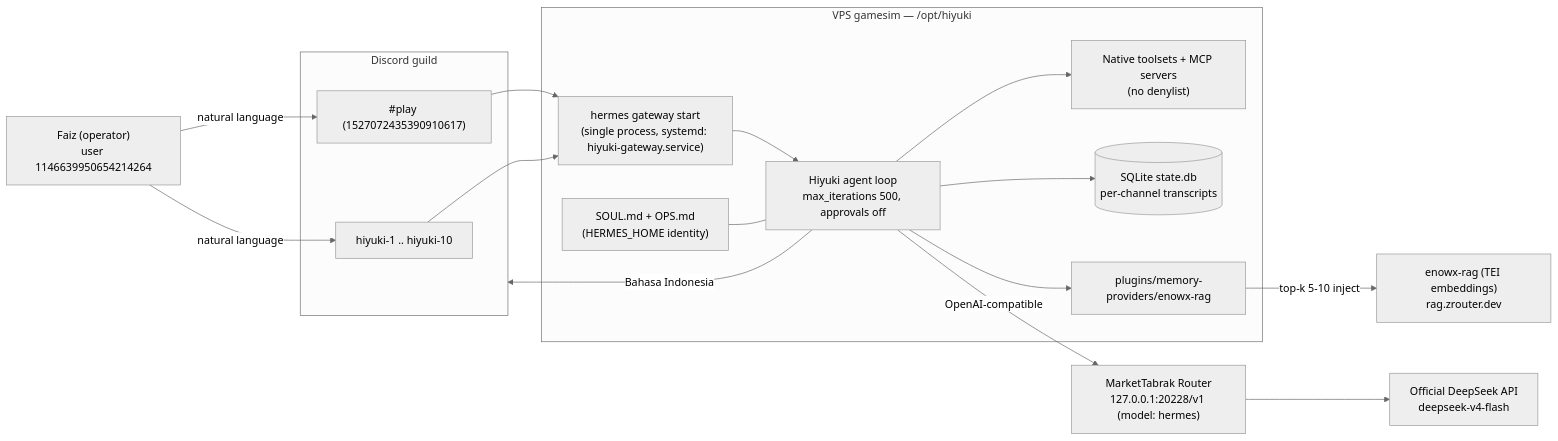
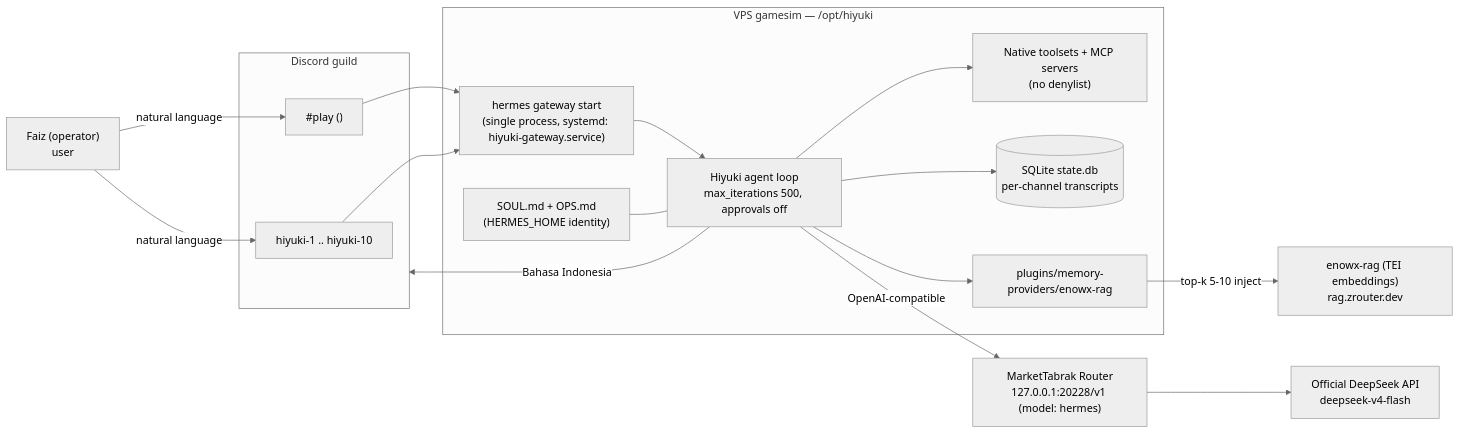
The diagram in README.md (fazulfi/hiyuki-agent), drawn with Mermaid (neutral theme) before and after one commit. The commit also changed other lines of this file and 8 other files, not shown here.

First line of the commit message:
fix: pin hermes ref v2026.8.31 + de-identify operator/channel IDs (#4)

````diff
--- a/README.md
+++ b/README.md
@@ -41,34 +41,34 @@
 ```mermaid
 flowchart LR
     subgraph Guild["Discord guild"]
-        Play["#play (1527072435390910617)"]
+        Play["#play (<env:CHANNEL_PLAY>)"]
         Multi["hiyuki-1 .. hiyuki-10"]
     end
 
-    Op["Faiz (operator)<br/>user 1146639950654214264"]
+    Op["Faiz (operator)<br/>user <env:OPERATOR_USER_ID>"]
 
     subgraph VPS["VPS gamesim — /opt/hiyuki"]
         GW["hermes gateway start<br/>(single process, systemd: hiyuki-gateway.service)"]
         Agent["Hiyuki agent loop<br/>max_iterations 500, approvals off"]
         Soul["SOUL.md + OPS.md<br/>(HERMES_HOME identity)"]
         Tools["Native toolsets + MCP servers<br/>(no denylist)"]
         State[("SQLite state.db<br/>per-channel transcripts")]
         RagPlug["plugins/memory-providers/enowx-rag"]
     end
 
     Router["MarketTabrak Router<br/>127.0.0.1:20228/v1 (model: hermes)"]
     DeepSeek["Official DeepSeek API<br/>deepseek-v4-flash"]
     Enowx["enowx-rag (TEI embeddings)<br/>rag.zrouter.dev"]
 
     Op -->|natural language| Play
     Op -->|natural language| Multi
     Play --> GW
     Multi --> GW
     GW --> Agent
     Soul --- Agent
     Agent --> Tools
     Agent --> State
     Agent --> RagPlug -->|top-k 5-10 inject| Enowx
     Agent -->|OpenAI-compatible| Router --> DeepSeek
     Agent -->|Bahasa Indonesia| Guild
 ```
````
